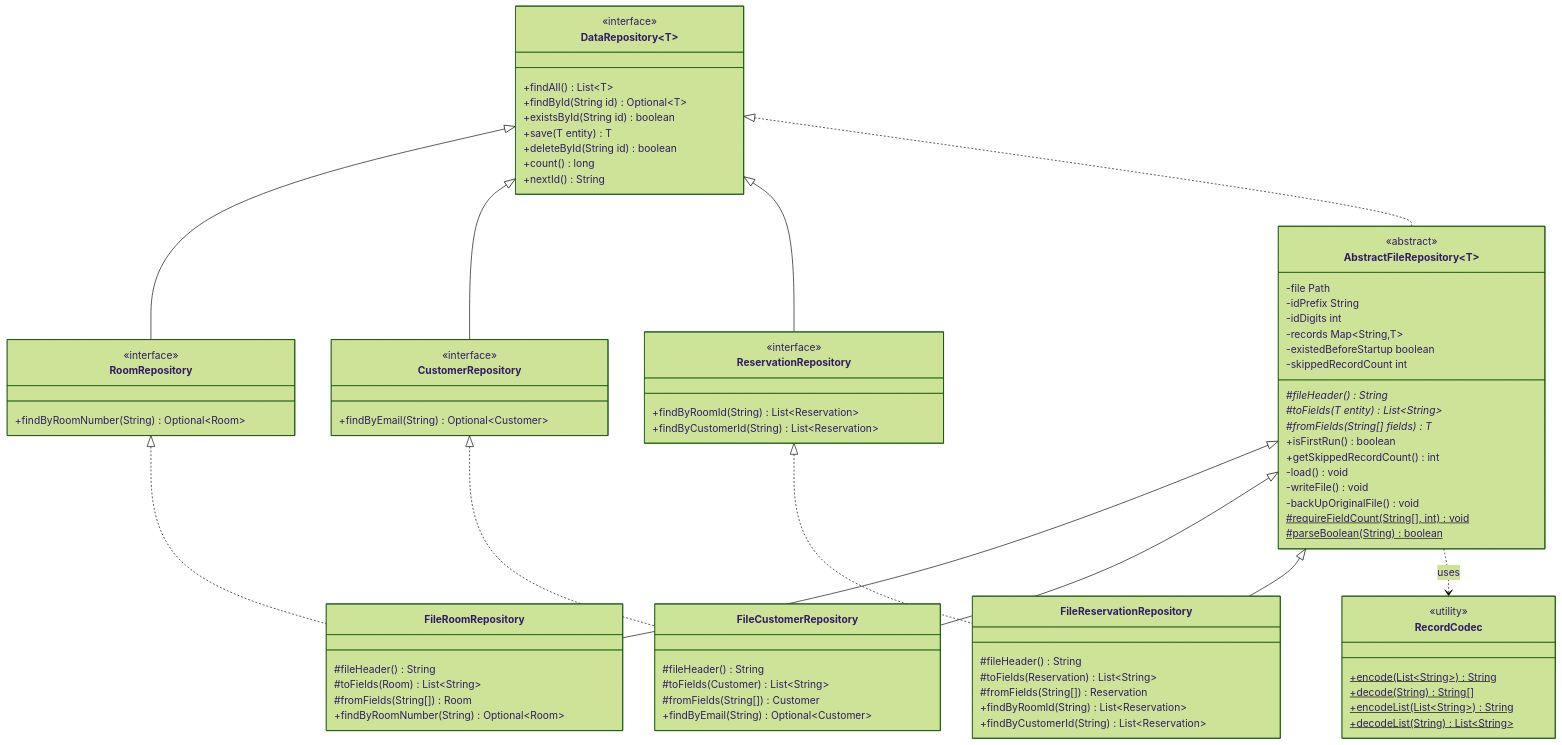
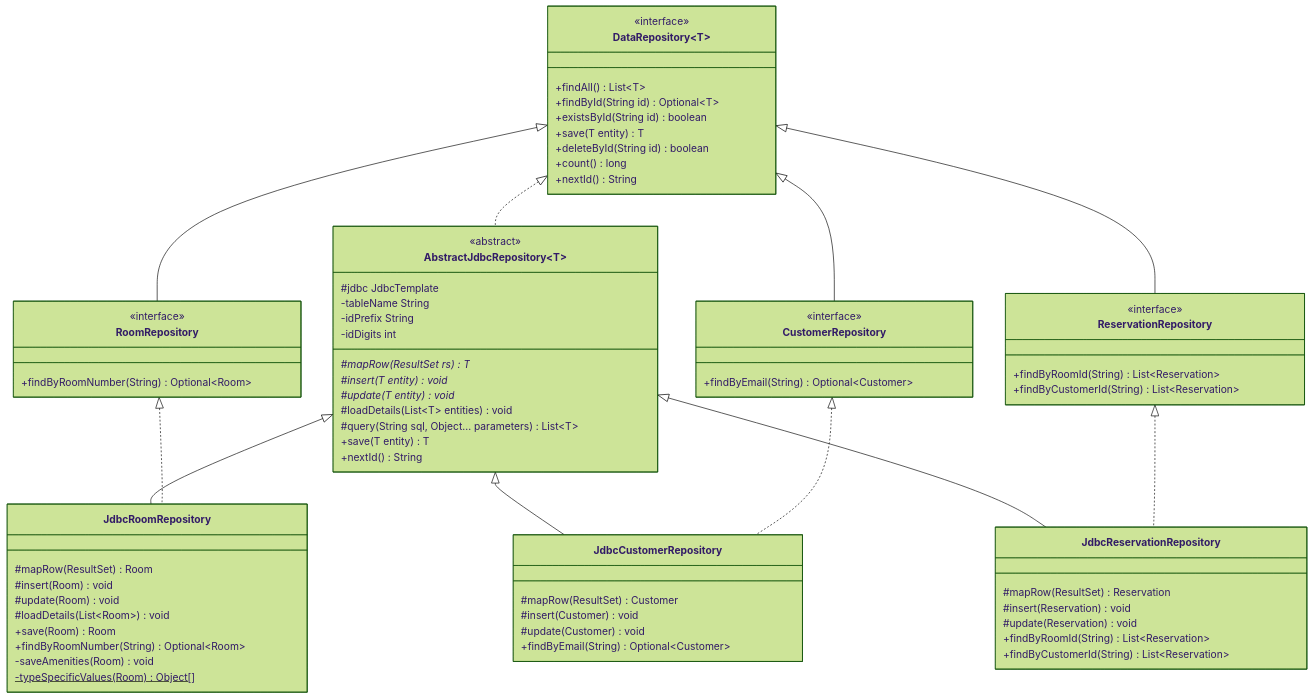
The third of 6 diagrams in docs/CLASS_DIAGRAM.md (Pramodathukorala/SE_1020_Hotel-Room-Reservation-System), drawn with Mermaid (forest theme) before and after one commit. The commit also changed other lines of this file and 86 other files, not shown here.

````diff
--- a/docs/CLASS_DIAGRAM.md
+++ b/docs/CLASS_DIAGRAM.md
@@ -187,63 +268,53 @@
         +findByCustomerId(String) List~Reservation~
     }
 
-    class AbstractFileRepository~T~ {
+    class AbstractJdbcRepository~T~ {
         <<abstract>>
-        -file Path
+        #jdbc JdbcTemplate
+        -tableName String
         -idPrefix String
         -idDigits int
-        -records Map~String,T~
-        -existedBeforeStartup boolean
-        -skippedRecordCount int
-        #fileHeader()* String
-        #toFields(T entity)* List~String~
-        #fromFields(String[] fields)* T
-        +isFirstRun() boolean
-        +getSkippedRecordCount() int
-        -load() void
-        -writeFile() void
-        -backUpOriginalFile() void
-        #requireFieldCount(String[], int)$ void
-        #parseBoolean(String)$ boolean
+        #mapRow(ResultSet rs)* T
+        #insert(T entity)* void
+        #update(T entity)* void
+        #loadDetails(List~T~ entities) void
+        #query(String sql, Object... parameters) List~T~
+        +save(T entity) T
+        +nextId() String
     }
 
-    class FileRoomRepository {
-        #fileHeader() String
-        #toFields(Room) List~String~
-        #fromFields(String[]) Room
+    class JdbcRoomRepository {
+        #mapRow(ResultSet) Room
+        #insert(Room) void
+        #update(Room) void
+        #loadDetails(List~Room~) void
+        +save(Room) Room
         +findByRoomNumber(String) Optional~Room~
+        -saveAmenities(Room) void
+        -typeSpecificValues(Room)$ Object[]
     }
-    class FileCustomerRepository {
-        #fileHeader() String
-        #toFields(Customer) List~String~
-        #fromFields(String[]) Customer
+    class JdbcCustomerRepository {
+        #mapRow(ResultSet) Customer
+        #insert(Customer) void
+        #update(Customer) void
         +findByEmail(String) Optional~Customer~
     }
-    class FileReservationRepository {
-        #fileHeader() String
-        #toFields(Reservation) List~String~
-        #fromFields(String[]) Reservation
+    class JdbcReservationRepository {
+        #mapRow(ResultSet) Reservation
+        #insert(Reservation) void
+        #update(Reservation) void
         +findByRoomId(String) List~Reservation~
         +findByCustomerId(String) List~Reservation~
-    }
-
-    class RecordCodec {
-        <<utility>>
-        +encode(List~String~)$ String
-        +decode(String)$ String[]
-        +encodeList(List~String~)$ String
-        +decodeList(String)$ List~String~
     }
 
     DataRepository <|-- RoomRepository
     DataRepository <|-- CustomerRepository
     DataRepository <|-- ReservationRepository
-    DataRepository <|.. AbstractFileRepository
-    AbstractFileRepository <|-- FileRoomRepository
-    AbstractFileRepository <|-- FileCustomerRepository
-    AbstractFileRepository <|-- FileReservationRepository
-    RoomRepository <|.. FileRoomRepository
-    CustomerRepository <|.. FileCustomerRepository
-    ReservationRepository <|.. FileReservationRepository
-    AbstractFileRepository ..> RecordCodec : uses
+    DataRepository <|.. AbstractJdbcRepository
+    AbstractJdbcRepository <|-- JdbcRoomRepository
+    AbstractJdbcRepository <|-- JdbcCustomerRepository
+    AbstractJdbcRepository <|-- JdbcReservationRepository
+    RoomRepository <|.. JdbcRoomRepository
+    CustomerRepository <|.. JdbcCustomerRepository
+    ReservationRepository <|.. JdbcReservationRepository
 ```
````
